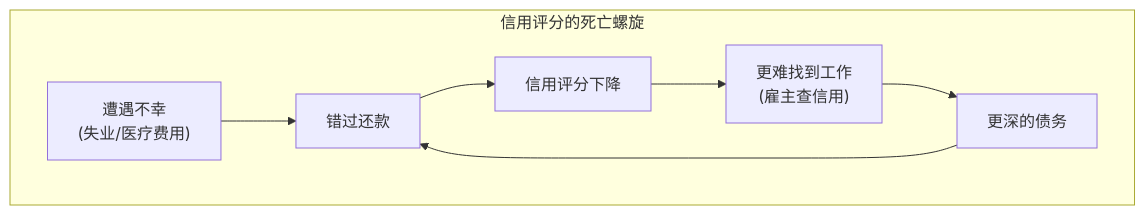
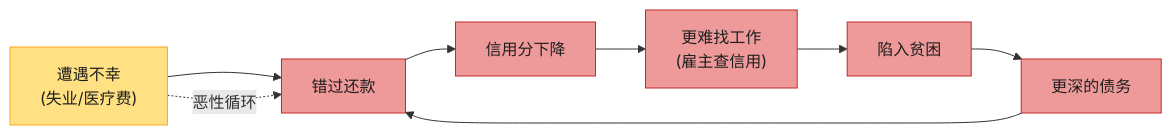
The second of 9 diagrams in ch14-做正确的事.md (socoo123/ddia_2nd), drawn with Mermaid before and after one commit. The commit also changed other lines of this file and 5 other files, not shown here.

````diff
--- a/ch14-做正确的事.md
+++ b/ch14-做正确的事.md
@@ -62,11 +158,17 @@
 ```mermaid
-graph TD
-    subgraph LOOP["信用评分的死亡螺旋"]
-        BAD_LUCK["遭遇不幸<br/>(失业/医疗费用)"]
-        MISS["错过还款"]
-        SCORE_DOWN["信用评分下降"]
-        NO_JOB["更难找到工作<br/>(雇主查信用)"]
-        MORE_DEBT["更深的债务"]
-        BAD_LUCK --> MISS --> SCORE_DOWN --> NO_JOB --> MORE_DEBT --> MISS
-    end
+flowchart LR
+    UNLUCK["遭遇不幸<br/>(失业/医疗费)"] --> MISS["错过还款"]
+    MISS --> DOWN["信用分下降"]
+    DOWN --> NOJOB["更难找工作<br/>(雇主查信用)"]
+    NOJOB --> POOR["陷入贫困"]
+    POOR --> MORE["更深的债务"]
+    MORE --> MISS
+    UNLUCK -.->|"恶性循环"| MISS
+
+    style UNLUCK fill:#FFE082,stroke:#F9A825,color:#1f1f1f
+    style MISS fill:#EF9A9A,stroke:#C62828,color:#1f1f1f
+    style DOWN fill:#EF9A9A,stroke:#C62828,color:#1f1f1f
+    style NOJOB fill:#EF9A9A,stroke:#C62828,color:#1f1f1f
+    style POOR fill:#EF9A9A,stroke:#C62828,color:#1f1f1f
+    style MORE fill:#EF9A9A,stroke:#C62828,color:#1f1f1f
 ```
````
